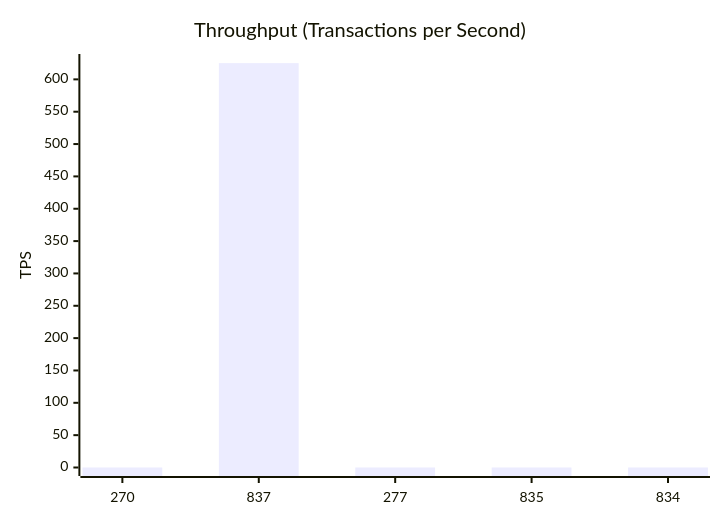
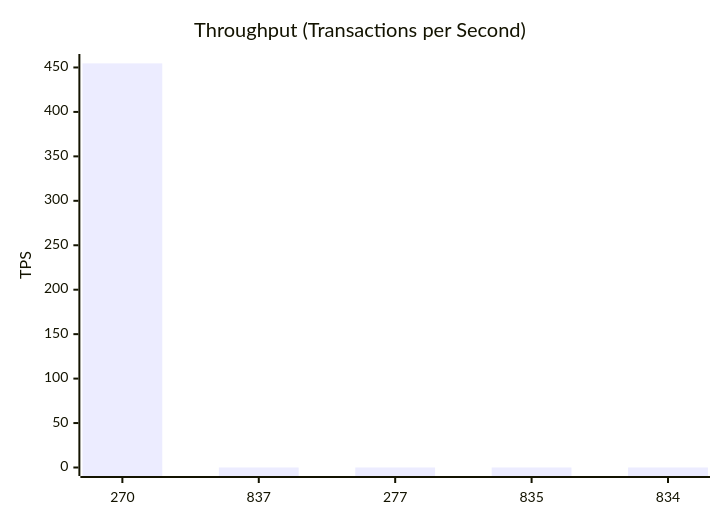
Before and after one commit to dhagan-va/intern-2025: the third of 11 diagrams in test-tools/DataGen/src/Statistics_Visualizer.md, drawn with Mermaid. The commit also changed other lines of this file and 1 other file, not shown here.

````diff
--- a/test-tools/DataGen/src/Statistics_Visualizer.md
+++ b/test-tools/DataGen/src/Statistics_Visualizer.md
@@ -40,7 +40,7 @@
 ```mermaid
 xychart-beta
     title "Throughput (Transactions per Second)"
     x-axis ["270", "837", "277", "835", "834"]
-    y-axis "TPS" 0 --> 626.0781347668459
-    bar [0.0, 625.0781347668459, 0.0, 0.0, 0.0]
+    y-axis "TPS" 0 --> 455.5867806164197
+    bar [454.5867806164197, 0.0, 0.0, 0.0, 0.0]
 ```
````
